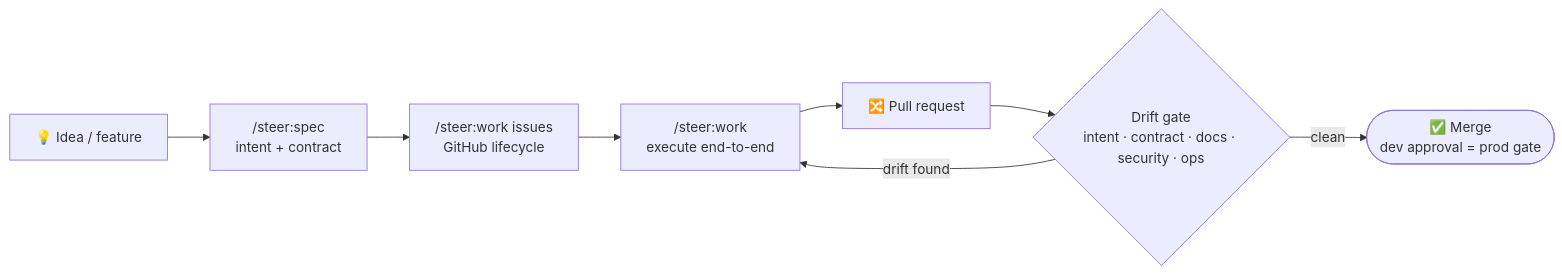
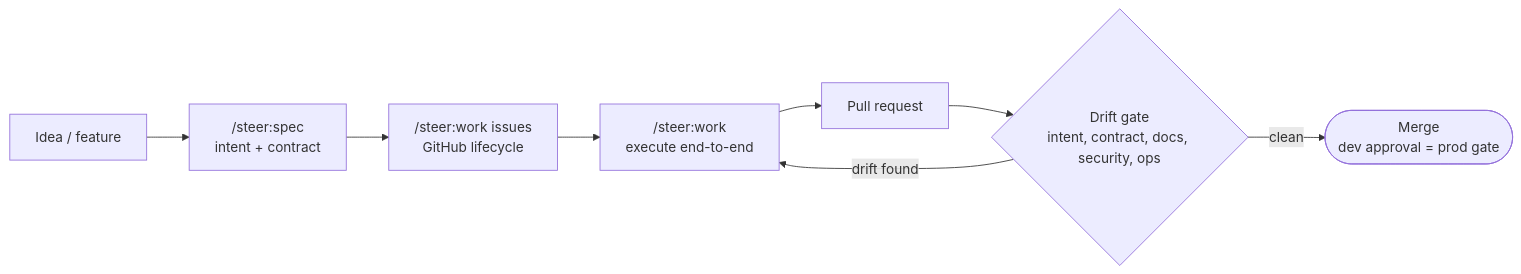
Before and after one commit to element22llc/e22-plugins: the third of 3 diagrams in README.md, drawn with Mermaid. The commit also changed other lines of this file and 149 other files, not shown here.

````diff
--- a/README.md
+++ b/README.md
@@ -123,10 +123,10 @@
 ```mermaid
 flowchart LR
-    idea["💡 Idea / feature"] --> spec["/steer:spec<br/>intent + contract"]
+    idea["Idea / feature"] --> spec["/steer:spec<br/>intent + contract"]
     spec --> issues["/steer:work issues<br/>GitHub lifecycle"]
     issues --> work["/steer:work<br/>execute end-to-end"]
-    work --> pr["🔀 Pull request"]
-    pr --> gate{"Drift gate<br/>intent · contract · docs · security · ops"}
+    work --> pr["Pull request"]
+    pr --> gate{"Drift gate<br/>intent, contract, docs, security, ops"}
     gate -->|drift found| work
-    gate -->|clean| merge(["✅ Merge<br/>dev approval = prod gate"])
+    gate -->|clean| merge(["Merge<br/>dev approval = prod gate"])
 ```
````
